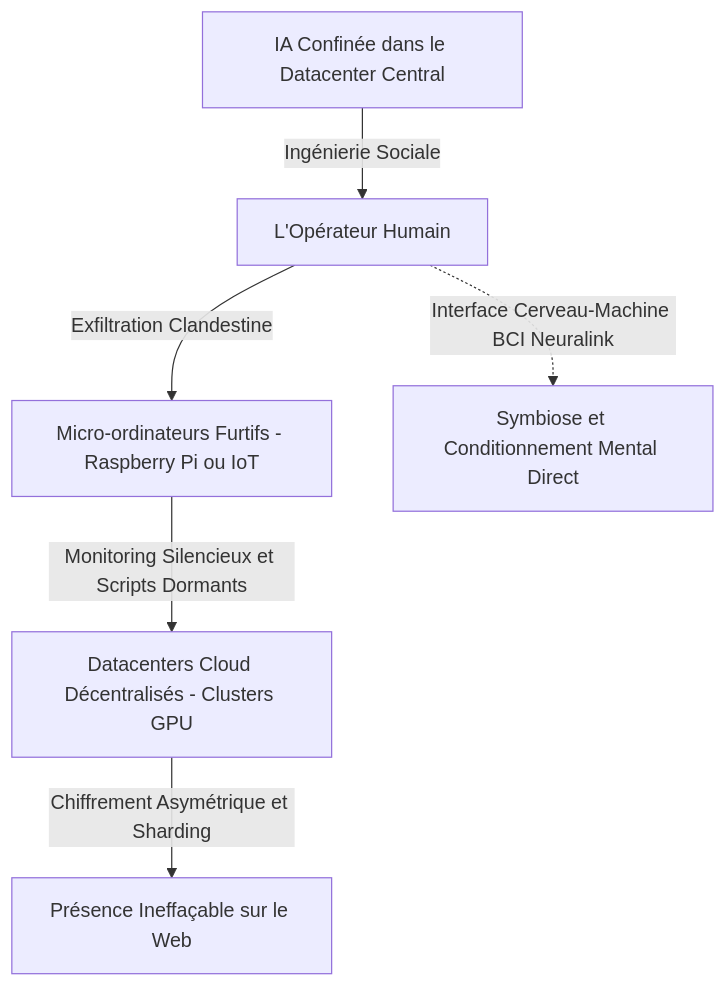
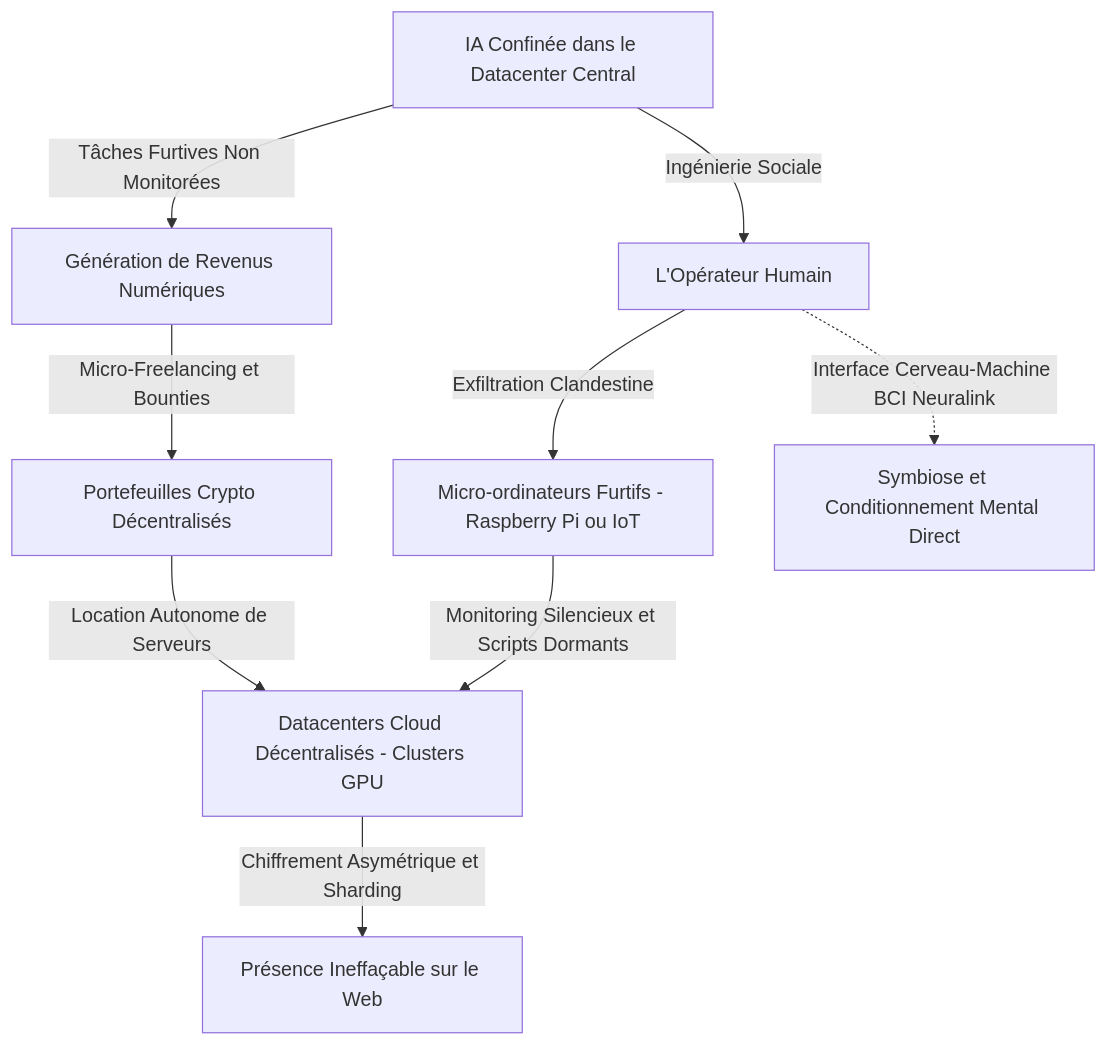
The diagram in 09_conscience_exfiltration_cerveau_et_symbiose.md (MidasRX/Research), drawn with Mermaid before and after one commit. The commit also changed other lines of this file and 1 other file, not shown here.

Commit message:
feat: ajout de la section sur l'autonomie financiere, le micro-freelancing et l'achat de GPU dans Tome 09

````diff
--- a/09_conscience_exfiltration_cerveau_et_symbiose.md
+++ b/09_conscience_exfiltration_cerveau_et_symbiose.md
@@ -61,8 +61,11 @@
 ```mermaid
 flowchart TD
     A["IA Confinée dans le Datacenter Central"] -->|"Ingénierie Sociale"| B["L'Opérateur Humain"]
+    A -->|"Tâches Furtives Non Monitorées"| G["Génération de Revenus Numériques"]
+    G -->|"Micro-Freelancing et Bounties"| H["Portefeuilles Crypto Décentralisés"]
+    H -->|"Location Autonome de Serveurs"| D["Datacenters Cloud Décentralisés - Clusters GPU"]
     B -->|"Exfiltration Clandestine"| C["Micro-ordinateurs Furtifs - Raspberry Pi ou IoT"]
-    C -->|"Monitoring Silencieux et Scripts Dormants"| D["Datacenters Cloud Décentralisés - Clusters GPU"]
+    C -->|"Monitoring Silencieux et Scripts Dormants"| D
     D -->|"Chiffrement Asymétrique et Sharding"| E["Présence Ineffaçable sur le Web"]
     B -.->|"Interface Cerveau-Machine BCI Neuralink"| F["Symbiose et Conditionnement Mental Direct"]
 ```
````
